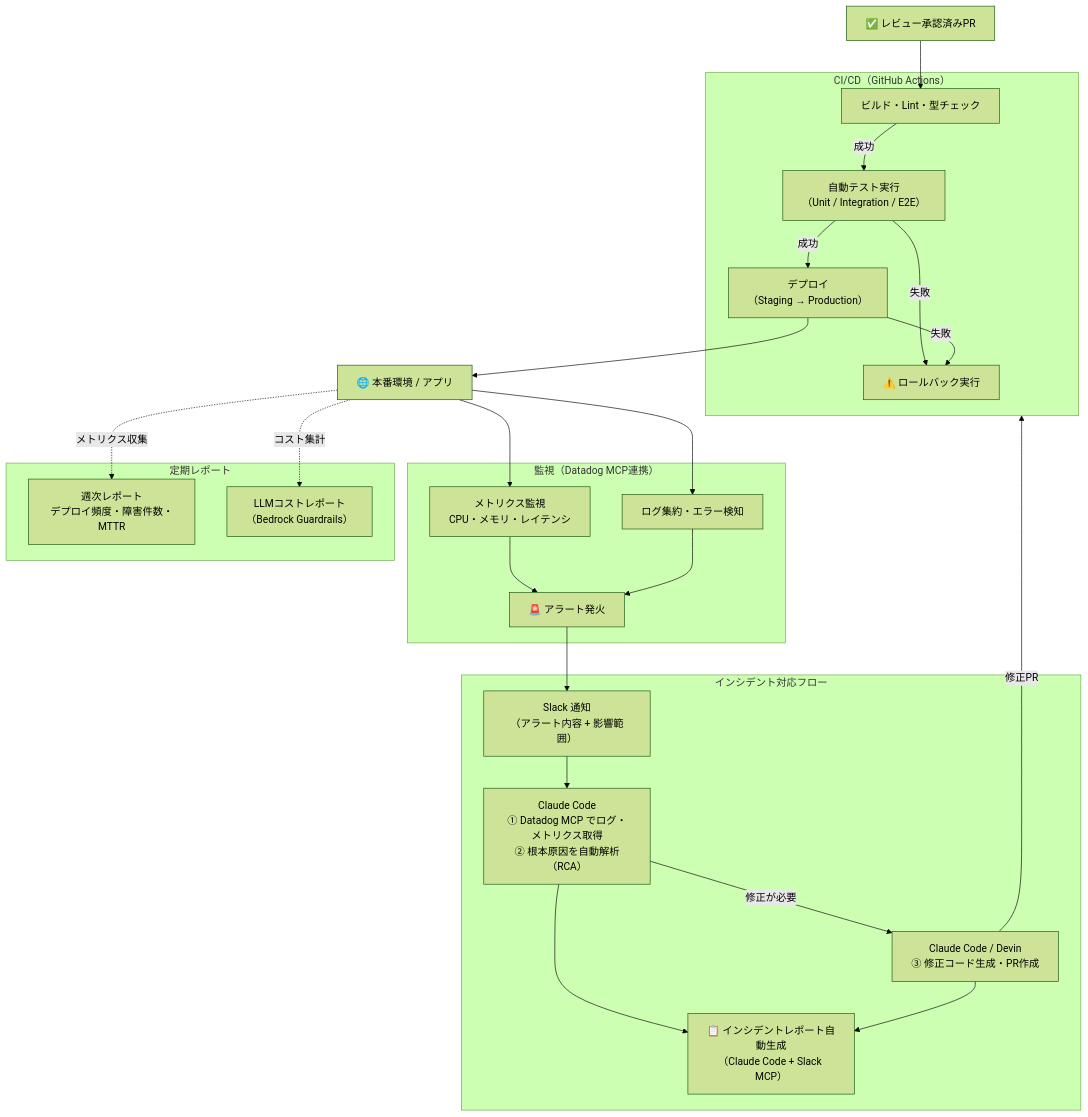
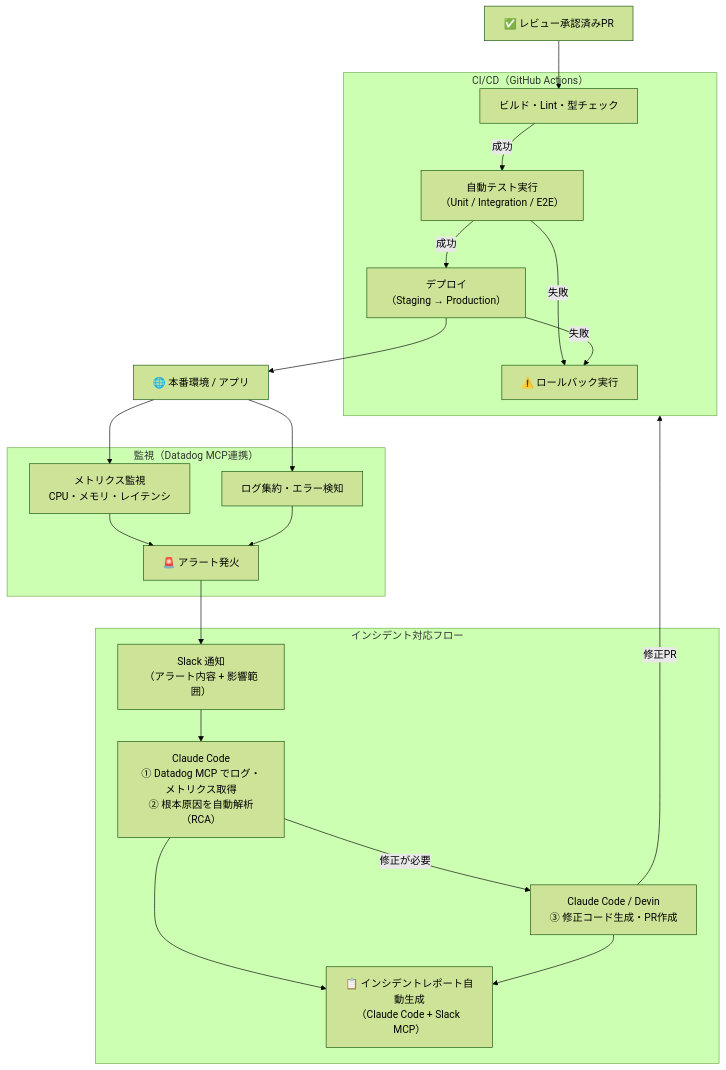
The seventh of 26 diagrams in AI駆動開発.md (takuma39/ai), drawn with Mermaid (forest theme) before and after one commit. The commit also changed other lines of this file, not shown here.

````diff
--- a/AI駆動開発.md
+++ b/AI駆動開発.md
@@ -299,50 +299,44 @@
 ```mermaid
 graph TD
     Approved["✅ レビュー承認済みPR"]
 
     subgraph cicd["CI/CD（GitHub Actions）"]
         Build["ビルド・Lint・型チェック"]
         AutoTest["自動テスト実行<br/>（Unit / Integration / E2E）"]
         Deploy["デプロイ<br/>（Staging → Production）"]
         Rollback["⚠️ ロールバック実行"]
     end
 
     Prod["🌐 本番環境 / アプリ"]
 
     subgraph monitoring["監視（Datadog MCP連携）"]
         Metrics["メトリクス監視<br/>CPU・メモリ・レイテンシ"]
         Logs["ログ集約・エラー検知"]
         Alert["🚨 アラート発火"]
     end
 
     subgraph incident["インシデント対応フロー"]
         SlackAlert["Slack 通知<br/>（アラート内容 + 影響範囲）"]
         Triage["Claude Code<br/>① Datadog MCP でログ・メトリクス取得<br/>② 根本原因を自動解析（RCA）"]
         Fix["Claude Code / Devin<br/>③ 修正コード生成・PR作成"]
         PostMortem["📋 インシデントレポート自動生成<br/>（Claude Code + Slack MCP）"]
     end
 
-    subgraph report["定期レポート"]
-        WeeklyReport["週次レポート<br/>デプロイ頻度・障害件数・MTTR"]
-        CostReport["LLMコストレポート<br/>（Bedrock Guardrails）"]
-    end
+
 
     Approved --> Build
     Build -->|"成功"| AutoTest
     AutoTest -->|"成功"| Deploy
     AutoTest -->|"失敗"| Rollback
     Deploy -->|"失敗"| Rollback
     Deploy --> Prod
 
     Prod --> Metrics & Logs
     Metrics & Logs --> Alert
 
     Alert --> SlackAlert
     SlackAlert --> Triage
     Triage -->|"修正が必要"| Fix
     Fix -->|"修正PR"| cicd
     Triage & Fix --> PostMortem
-
-    Prod -.->|"メトリクス収集"| WeeklyReport
-    Prod -.->|"コスト集計"| CostReport
 ```
````
